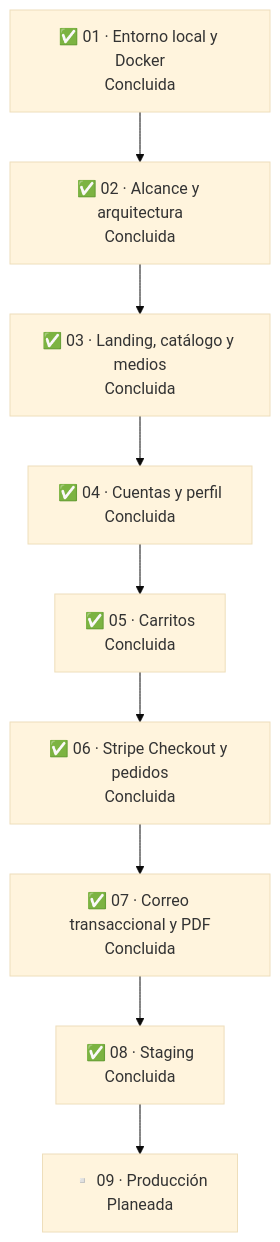
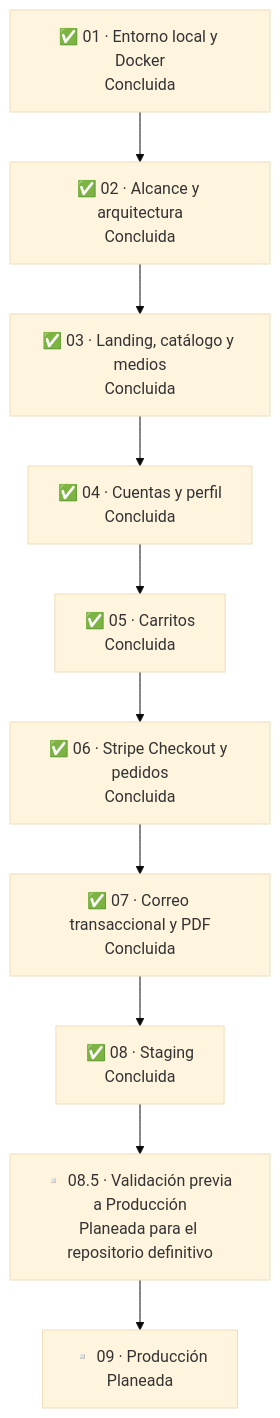
The diagram in docs/ROADMAP.md (sadamlg/sr_del_mictlan_mezcal), drawn with Mermaid (base theme) before and after one commit. The commit also changed other lines of this file and 4 other files, not shown here.

````diff
--- a/docs/ROADMAP.md
+++ b/docs/ROADMAP.md
@@ -21,11 +22,12 @@
 ```mermaid
 flowchart TB
     p01["✅ 01 · Entorno local y Docker<br/>Concluida"] --> p02["✅ 02 · Alcance y arquitectura<br/>Concluida"]
     p02 --> p03["✅ 03 · Landing, catálogo y medios<br/>Concluida"]
     p03 --> p04["✅ 04 · Cuentas y perfil<br/>Concluida"]
     p04 --> p05["✅ 05 · Carritos<br/>Concluida"]
     p05 --> p06["✅ 06 · Stripe Checkout y pedidos<br/>Concluida"]
     p06 --> p07["✅ 07 · Correo transaccional y PDF<br/>Concluida"]
     p07 --> p08["✅ 08 · Staging<br/>Concluida"]
-    p08 --> p09["▫️ 09 · Producción<br/>Planeada"]
+    p08 --> p085["▫️ 08.5 · Validación previa a Producción<br/>Planeada para el repositorio definitivo"]
+    p085 --> p09["▫️ 09 · Producción<br/>Planeada"]
 ```
````
